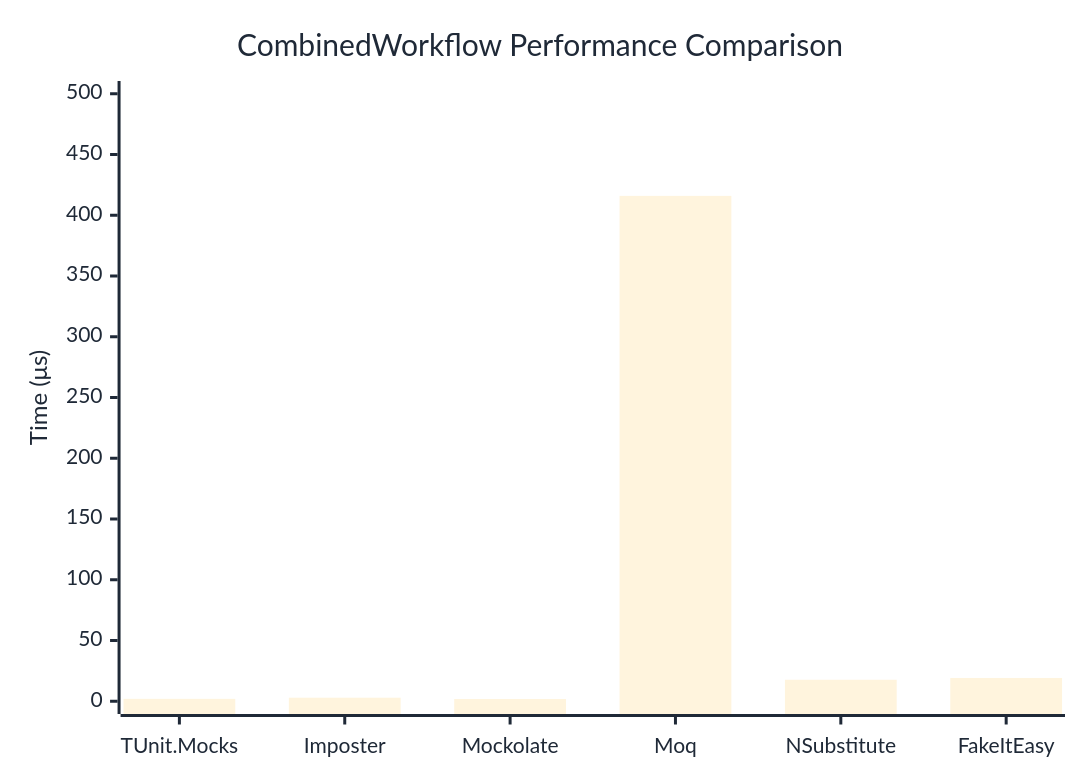
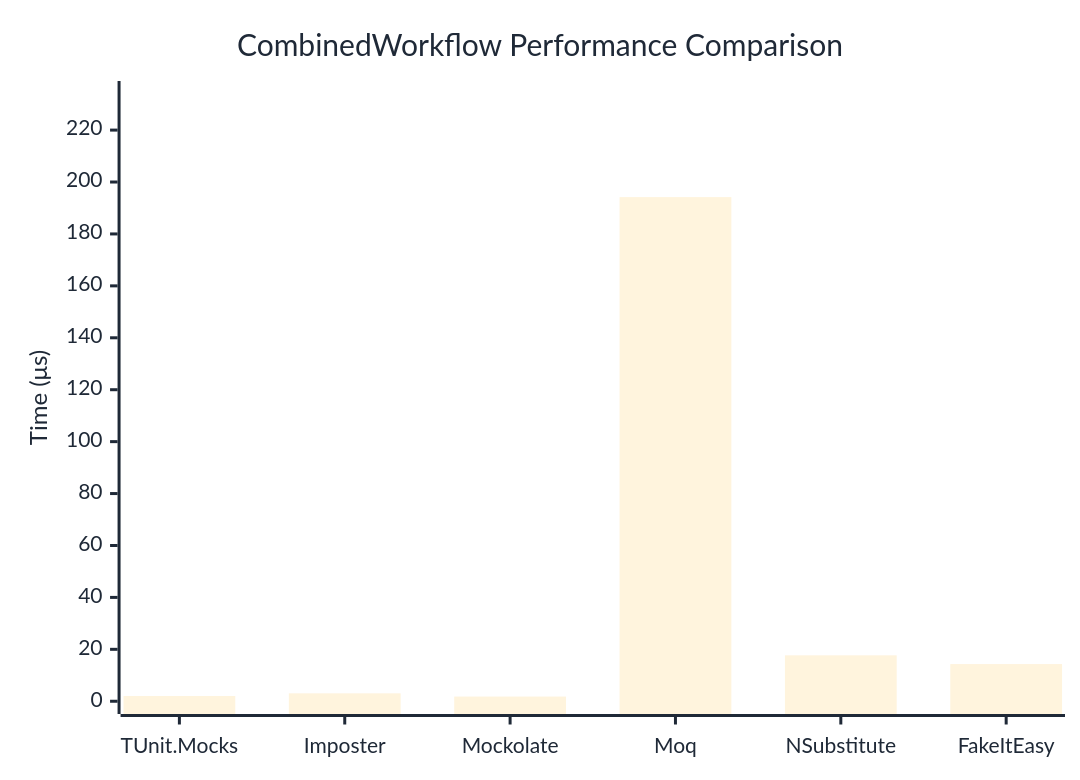
Before and after one commit to thomhurst/TUnit: the diagram in docs/docs/benchmarks/mocks/CombinedWorkflow.md, drawn with Mermaid. The commit also changed other lines of this file and 14 other files, not shown here.

````diff
--- a/docs/docs/benchmarks/mocks/CombinedWorkflow.md
+++ b/docs/docs/benchmarks/mocks/CombinedWorkflow.md
@@ -30,27 +30,27 @@
 ```mermaid
 %%{init: {
   'theme':'base',
   'themeVariables': {
     'primaryColor': '#2563eb',
     'primaryTextColor': '#1f2937',
     'primaryBorderColor': '#1e40af',
     'lineColor': '#6b7280',
     'secondaryColor': '#7c3aed',
     'tertiaryColor': '#dc2626',
     'background': '#ffffff',
     'pie1': '#2563eb',
     'pie2': '#7c3aed',
     'pie3': '#dc2626',
     'pie4': '#f59e0b',
     'pie5': '#10b981',
     'pie6': '#06b6d4',
     'pie7': '#ec4899',
     'pie8': '#6366f1'
   }
 }}%%
 xychart-beta
   title "CombinedWorkflow Performance Comparison"
   x-axis ["TUnit.Mocks", "Imposter", "Mockolate", "Moq", "NSubstitute", "FakeItEasy"]
-  y-axis "Time (μs)" 0 --> 500
-  bar [1.974, 2.916, 1.841, 415.95, 17.697, 19.178]
+  y-axis "Time (μs)" 0 --> 234
+  bar [2.014, 3.051, 1.803, 194.192, 17.686, 14.319]
 ```
````
